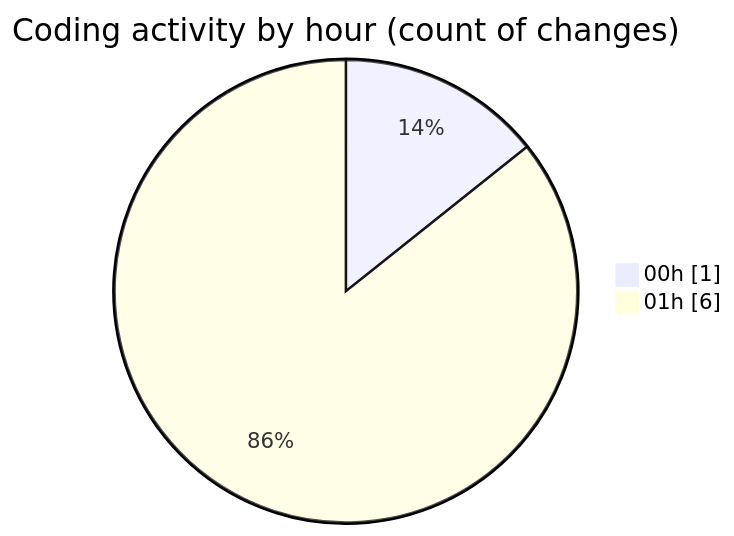
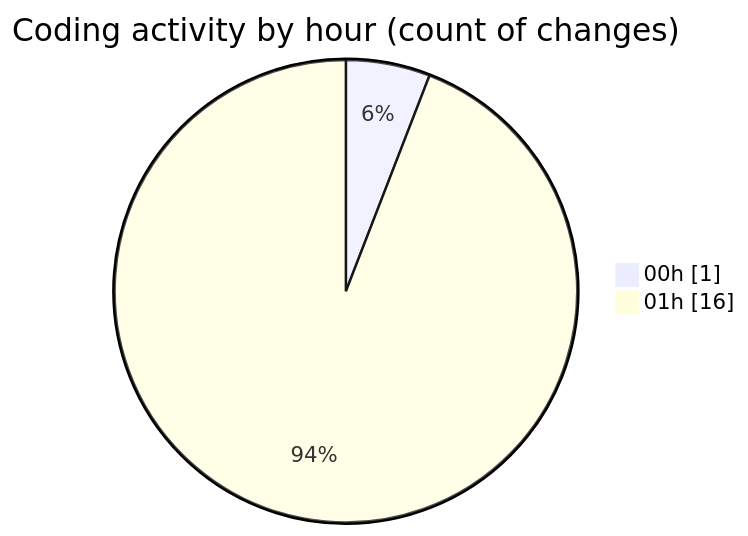
One commit to EIIisD/code-tracking changed the second of 2 diagrams in 2025-08-15/_claude/README.md. Above: the diagram before and after it, drawn with Mermaid. The commit also changed other lines of this file and 1 other file, not shown here.

````diff
--- a/2025-08-15/_claude/README.md
+++ b/2025-08-15/_claude/README.md
@@ -33,6 +37,6 @@
 ```mermaid
 pie showData
 title Coding activity by hour (count of changes)
 "00h" : 1
-"01h" : 6
+"01h" : 16
 ```
````
